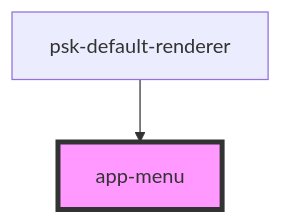
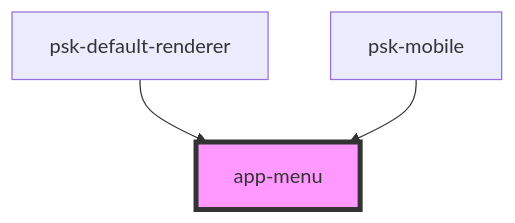
The diagram in src/components/app-menu/readme.md (daniel-visoiu/cardinal), drawn with Mermaid before and after one commit. The commit also changed other lines of this file and 3 other files, not shown here.

````diff
--- a/src/components/app-menu/readme.md
+++ b/src/components/app-menu/readme.md
@@ -34,5 +35,6 @@
 ```mermaid
 graph TD;
   psk-default-renderer --> app-menu
+  psk-mobile --> app-menu
   style app-menu fill:#f9f,stroke:#333,stroke-width:4px
 ```
````
